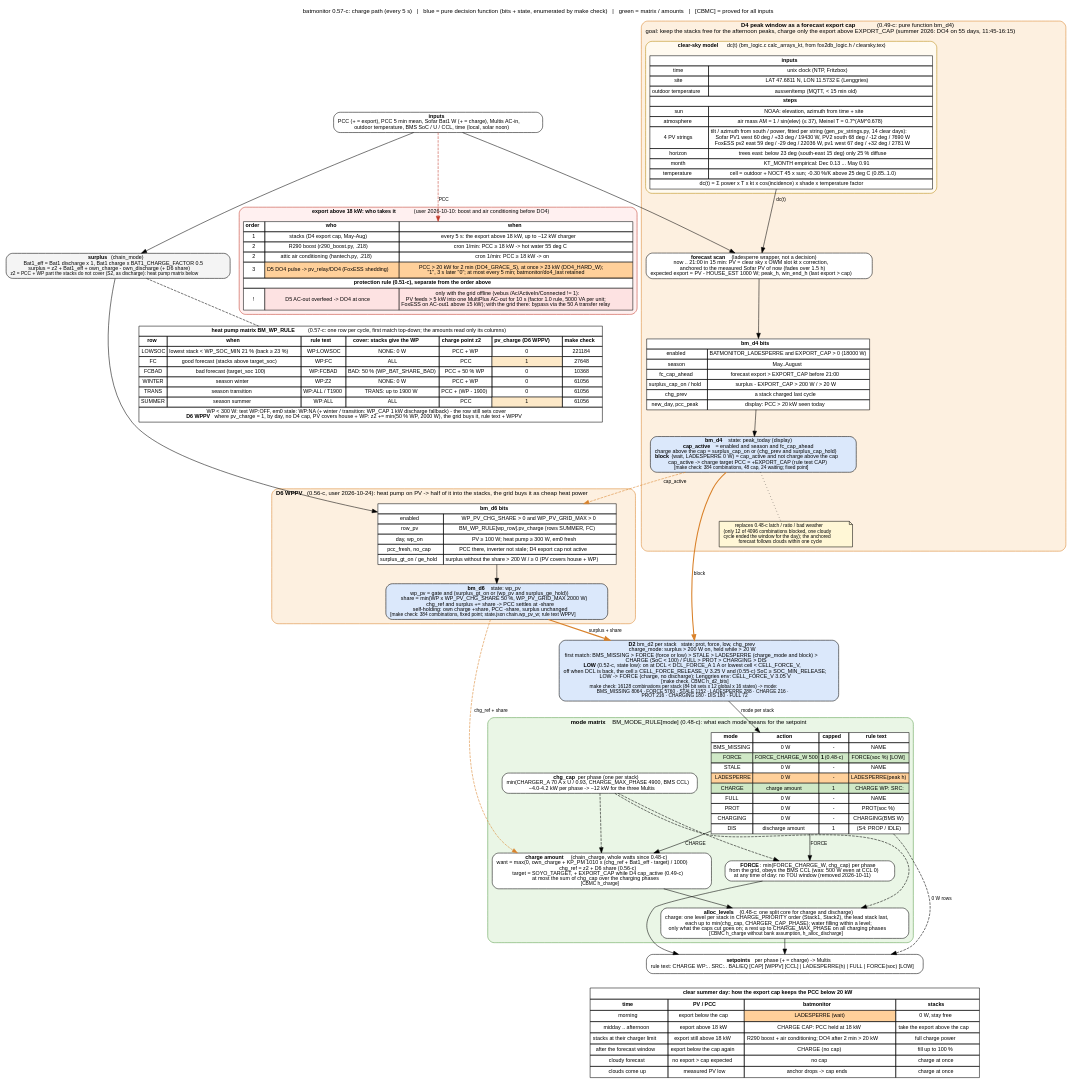
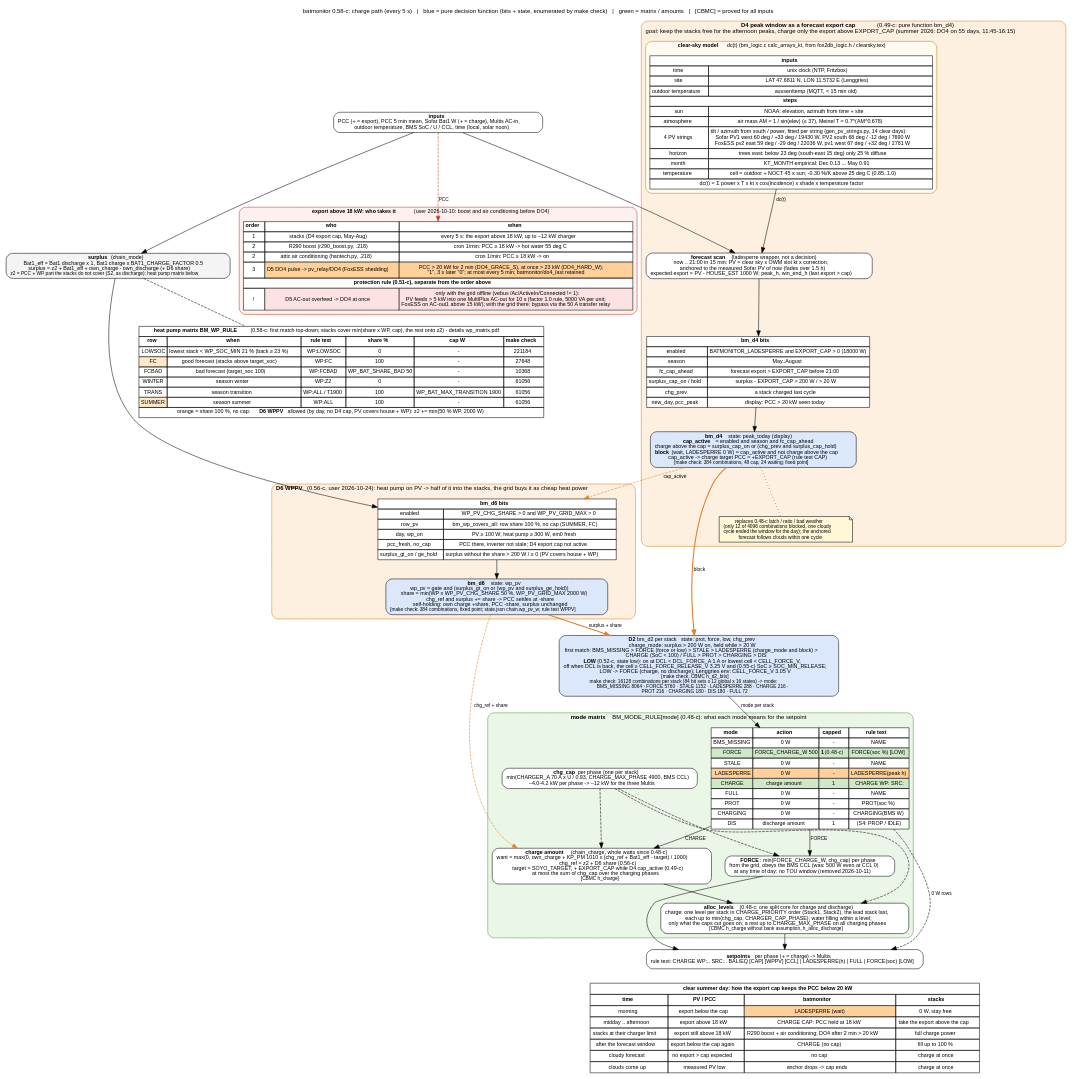
The diagram in docs/charge_flow.dot (gerontec/victron), drawn with Graphviz before and after one commit. The commit also changed 18 other files, not shown here.

```diff
--- a/docs/charge_flow.dot
+++ b/docs/charge_flow.dot
@@ -1,9 +1,9 @@
-// batmonitor 0.57-c: charge path of one cycle as decision matrices, with the summer peak window (D4 LADESPERRE)
+// batmonitor 0.58-c: charge path of one cycle as decision matrices, with the summer peak window (D4 LADESPERRE)
 // that keeps the stacks free in the morning so they take the midday PV and the PCC export stays below 20 kW.
 // render: dot -Tpdf charge_flow.dot -o charge_flow.pdf   (or -Tpng)
 digraph charge {
 	graph [rankdir=TB, fontname="Helvetica", fontsize=11, nodesep=0.35, ranksep=0.35, newrank=true,
-		   label="batmonitor 0.57-c: charge path (every 5 s)   |   blue = pure decision function (bits + state, enumerated by make check)   |   green = matrix / amounts   |   [CBMC] = proved for all inputs",
+		   label="batmonitor 0.58-c: charge path (every 5 s)   |   blue = pure decision function (bits + state, enumerated by make check)   |   green = matrix / amounts   |   [CBMC] = proved for all inputs",
 		   labelloc=t];
 	node [shape=box, style="rounded,filled", fillcolor="#f4f4f4", fontname="Helvetica", fontsize=10];
 	edge [fontname="Helvetica", fontsize=9];
@@ -19,7 +19,7 @@
 			<table border="0" cellborder="1" cellspacing="0" cellpadding="3" bgcolor="#ffffff">
 			<tr><td colspan="2"><b>bm_d6 bits</b></td></tr>
 			<tr><td>enabled</td><td>WP_PV_CHG_SHARE &gt; 0 and WP_PV_GRID_MAX &gt; 0</td></tr>
-			<tr><td>row_pv</td><td>BM_WP_RULE[wp_row].pv_charge (rows SUMMER, FC)</td></tr>
+			<tr><td>row_pv</td><td>bm_wp_covers_all: row share 100 %, no cap (SUMMER, FC)</td></tr>
 			<tr><td>day, wp_on</td><td>PV &ge; 100 W; heat pump &ge; 300 W, em0 fresh</td></tr>
 			<tr><td>pcc_fresh, no_cap</td><td>PCC there, inverter not stale; D4 export cap not active</td></tr>
 			<tr><td>surplus_gt_on / ge_hold</td><td>surplus without the share &gt; 200 W / &ge; 0 (PV covers house + WP)</td></tr>
@@ -30,16 +30,15 @@
 
 	wpm [shape=plain, label=<
 			<table border="0" cellborder="1" cellspacing="0" cellpadding="3" bgcolor="#ffffff">
-			<tr><td colspan="7"><b>heat pump matrix BM_WP_RULE</b> (0.57-c: one row per cycle, first match top-down; the amounts read only its columns)</td></tr>
-			<tr><td><b>row</b></td><td><b>when</b></td><td><b>rule text</b></td><td><b>cover: stacks give the WP</b></td><td><b>charge point z2</b></td><td><b>pv_charge (D6 WPPV)</b></td><td><b>make check</b></td></tr>
-			<tr><td>LOWSOC</td><td>lowest stack &lt; WP_SOC_MIN 21 % (back &ge; 23 %)</td><td>WP:LOWSOC</td><td>NONE: 0 W</td><td>PCC + WP</td><td>0</td><td>221184</td></tr>
-			<tr><td>FC</td><td>good forecast (stacks above target_soc)</td><td>WP:FC</td><td>ALL</td><td>PCC</td><td bgcolor="#fde9c8">1</td><td>27648</td></tr>
-			<tr><td>FCBAD</td><td>bad forecast (target_soc 100)</td><td>WP:FCBAD</td><td>BAD: 50 % (WP_BAT_SHARE_BAD)</td><td>PCC + 50 % WP</td><td>0</td><td>10368</td></tr>
-			<tr><td>WINTER</td><td>season winter</td><td>WP:Z2</td><td>NONE: 0 W</td><td>PCC + WP</td><td>0</td><td>61056</td></tr>
-			<tr><td>TRANS</td><td>season transition</td><td>WP:ALL / T1900</td><td>TRANS: up to 1900 W</td><td>PCC + (WP - 1900)</td><td>0</td><td>61056</td></tr>
-			<tr><td>SUMMER</td><td>season summer</td><td>WP:ALL</td><td>ALL</td><td>PCC</td><td bgcolor="#fde9c8">1</td><td>61056</td></tr>
-			<tr><td colspan="7">WP &lt; 300 W: text WP:OFF, em0 stale: WP:NA (+ winter / transition: WP_CAP 1 kW discharge fallback) - the row still sets cover<br/>
-			<b>D6 WPPV</b> where pv_charge = 1, by day, no D4 cap, PV covers house + WP: z2 += min(50 % WP, 2000 W), the grid buys it, rule text + WPPV</td></tr>
+			<tr><td colspan="6"><b>heat pump matrix BM_WP_RULE</b> (0.58-c: first match top-down; stacks cover min(share x WP, cap), the rest onto z2) - details wp_matrix.pdf</td></tr>
+			<tr><td><b>row</b></td><td><b>when</b></td><td><b>rule text</b></td><td><b>share %</b></td><td><b>cap W</b></td><td><b>make check</b></td></tr>
+			<tr><td>LOWSOC</td><td>lowest stack &lt; WP_SOC_MIN 21 % (back &ge; 23 %)</td><td>WP:LOWSOC</td><td>0</td><td>-</td><td>221184</td></tr>
+			<tr><td bgcolor="#fde9c8">FC</td><td>good forecast (stacks above target_soc)</td><td>WP:FC</td><td>100</td><td>-</td><td>27648</td></tr>
+			<tr><td>FCBAD</td><td>bad forecast (target_soc 100)</td><td>WP:FCBAD</td><td>WP_BAT_SHARE_BAD 50</td><td>-</td><td>10368</td></tr>
+			<tr><td>WINTER</td><td>season winter</td><td>WP:Z2</td><td>0</td><td>-</td><td>61056</td></tr>
+			<tr><td>TRANS</td><td>season transition</td><td>WP:ALL / T1900</td><td>100</td><td>WP_BAT_MAX_TRANSITION 1900</td><td>61056</td></tr>
+			<tr><td bgcolor="#fde9c8">SUMMER</td><td>season summer</td><td>WP:ALL</td><td>100</td><td>-</td><td>61056</td></tr>
+			<tr><td colspan="6">orange = share 100 %, no cap: <b>D6 WPPV</b> allowed (by day, no D4 cap, PV covers house + WP): z2 += min(50 % WP, 2000 W)</td></tr>
 			</table>>];
 
 	subgraph cluster_d4 {
```
